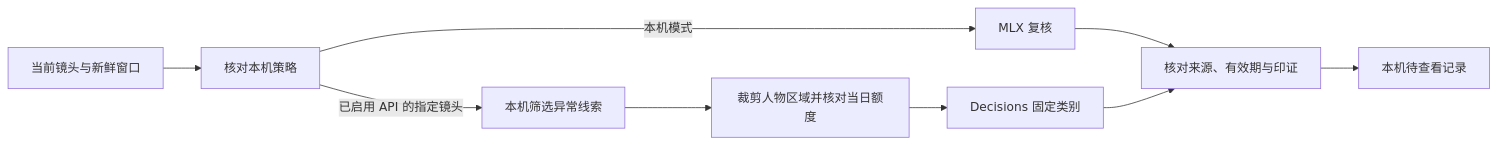
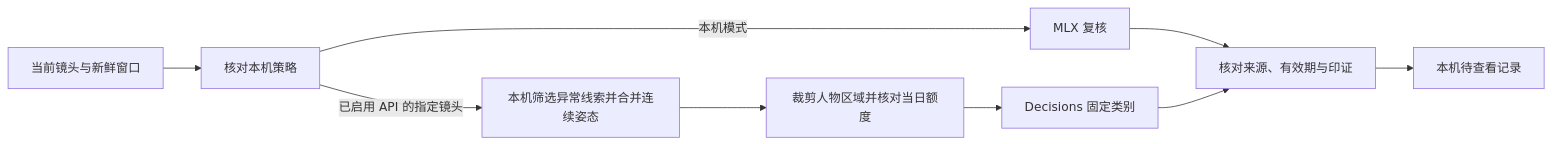
Diagram 14 of 42 in docs/architecture.md (Geeprox/Friday), drawn with Mermaid before and after one commit. The commit also changed other lines of this file and 5 other files, not shown here.

````diff
--- a/docs/architecture.md
+++ b/docs/architecture.md
@@ -324,11 +324,11 @@
 ```mermaid
 flowchart LR
   F[当前镜头与新鲜窗口] --> P[核对本机策略]
   P -->|本机模式| M[MLX 复核]
-  P -->|已启用 API 的指定镜头| E[本机筛选异常线索]
+  P -->|已启用 API 的指定镜头| E[本机筛选异常线索并合并连续姿态]
   E --> C[裁剪人物区域并核对当日额度]
   C --> D[Decisions 固定类别]
   M --> V[核对来源、有效期与印证]
   D --> V
   V --> R[本机待查看记录]
 ```
````
